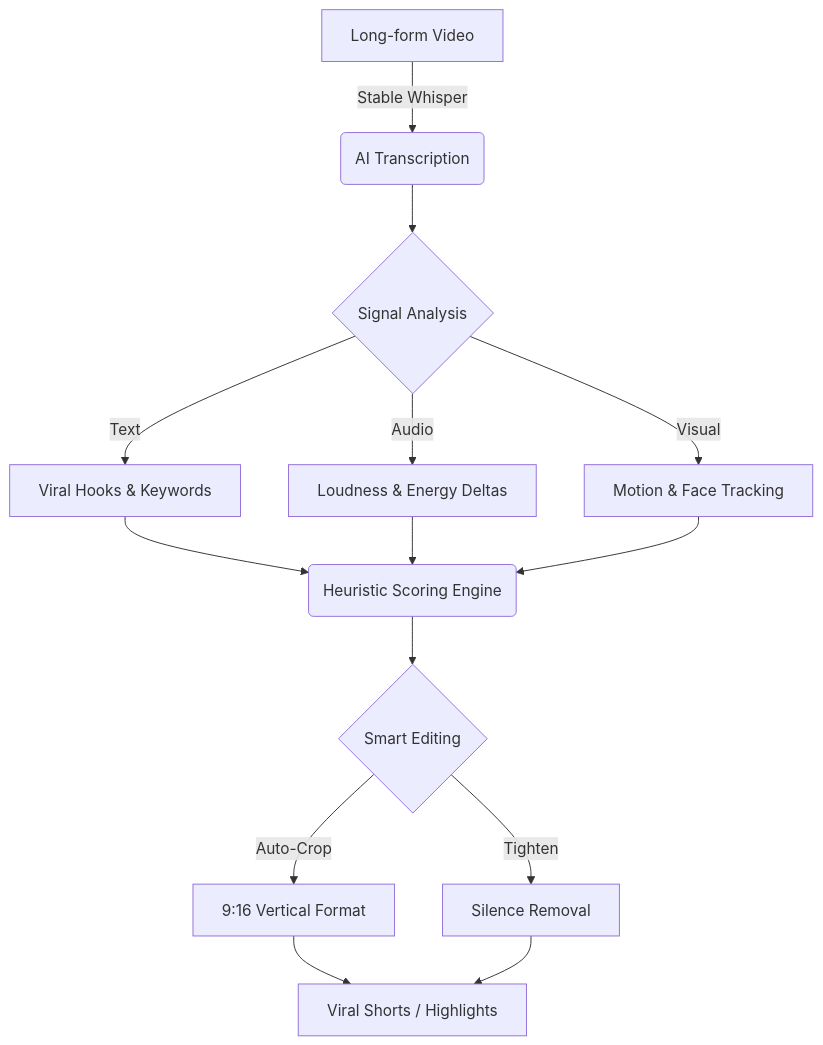
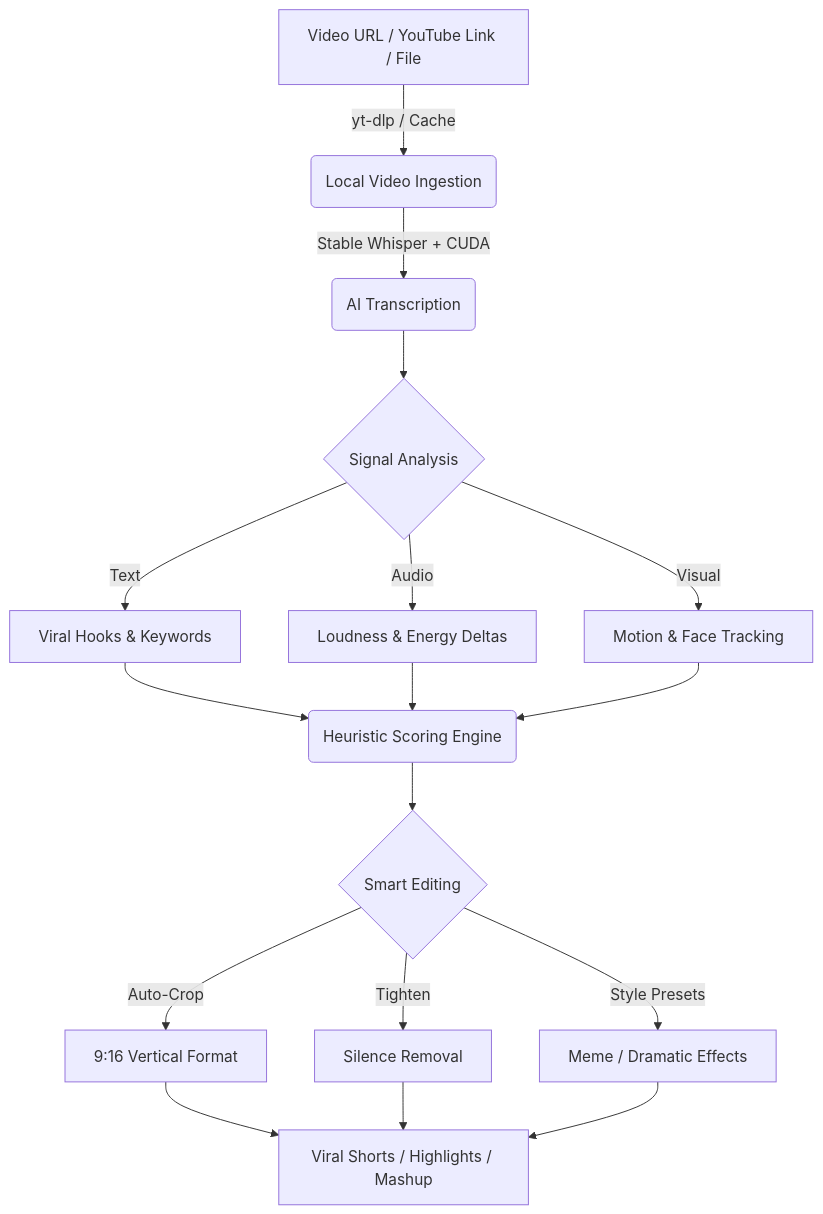
The diagram in README.md (ghost1412/shorts-generator), drawn with Mermaid before and after one commit. The commit also changed other lines of this file and 10 other files, not shown here.

````diff
--- a/README.md
+++ b/README.md
@@ -27,13 +29,15 @@
 ```mermaid
 graph TD
-    A[Long-form Video] -->|Stable Whisper| B(AI Transcription)
-    B --> C{Signal Analysis}
-    C -->|Text| D[Viral Hooks & Keywords]
-    C -->|Audio| E[Loudness & Energy Deltas]
-    C -->|Visual| F[Motion & Face Tracking]
-    D & E & F --> G(Heuristic Scoring Engine)
-    G --> H{Smart Editing}
-    H -->|Auto-Crop| I[9:16 Vertical Format]
-    H -->|Tighten| J[Silence Removal]
-    I & J --> K[Viral Shorts / Highlights]
+    A[Video URL / YouTube Link / File] -->|yt-dlp / Cache| B(Local Video Ingestion)
+    B -->|Stable Whisper + CUDA| C(AI Transcription)
+    C --> D{Signal Analysis}
+    D -->|Text| E[Viral Hooks & Keywords]
+    D -->|Audio| F[Loudness & Energy Deltas]
+    D -->|Visual| G[Motion & Face Tracking]
+    E & F & G --> H(Heuristic Scoring Engine)
+    H --> I{Smart Editing}
+    I -->|Auto-Crop| J[9:16 Vertical Format]
+    I -->|Tighten| K[Silence Removal]
+    I -->|Style Presets| L[Meme / Dramatic Effects]
+    J & K & L --> M[Viral Shorts / Highlights / Mashup]
 ```
````
